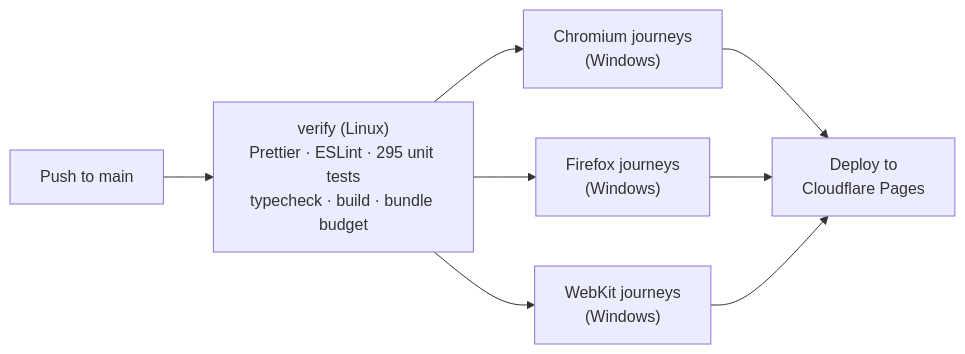
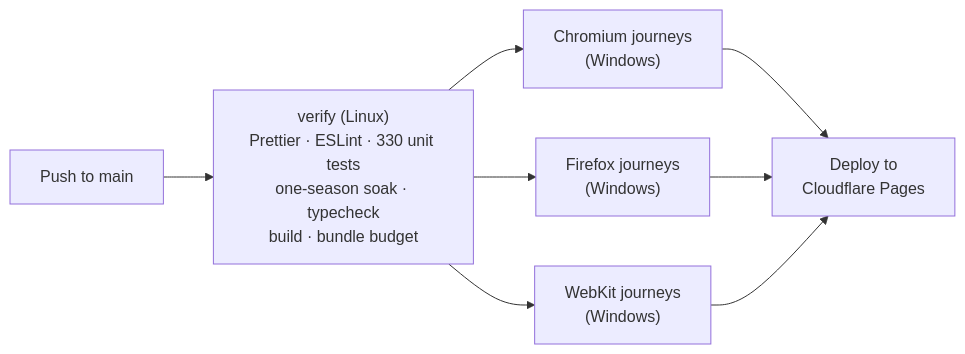
One commit to Lewandowskista/pitch-to-glory changed the fourth of 4 diagrams in README.md. Above: the diagram before and after it, drawn with Mermaid. The commit also changed other lines of this file and 4 other files, not shown here.

````diff
--- a/README.md
+++ b/README.md
@@ -156,10 +158,10 @@
 ```mermaid
 flowchart LR
-  Push["Push to main"] --> Verify["verify (Linux)<br/>Prettier · ESLint · 295 unit tests<br/>typecheck · build · bundle budget"]
+  Push["Push to main"] --> Verify["verify (Linux)<br/>Prettier · ESLint · 330 unit tests<br/>one-season soak · typecheck<br/>build · bundle budget"]
   Verify --> C["Chromium journeys<br/>(Windows)"]
   Verify --> F["Firefox journeys<br/>(Windows)"]
   Verify --> W["WebKit journeys<br/>(Windows)"]
   C --> Deploy["Deploy to<br/>Cloudflare Pages"]
   F --> Deploy
   W --> Deploy
 ```
````
